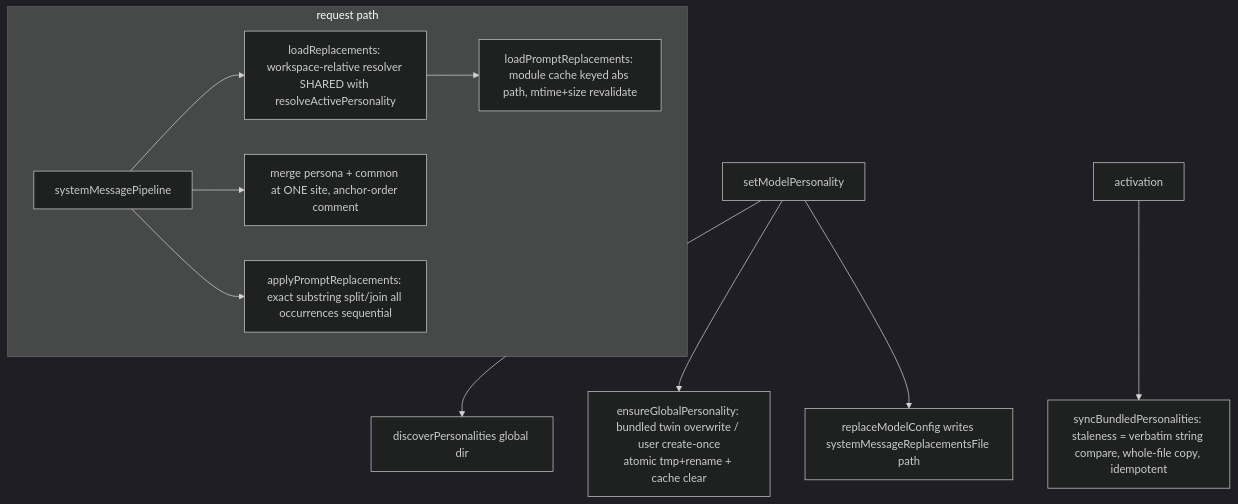
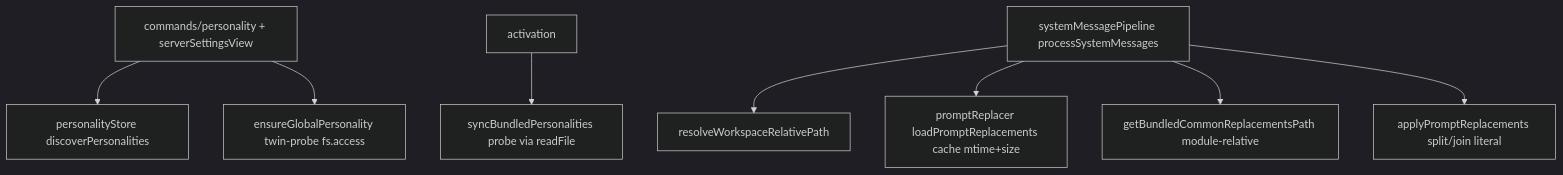
Diagram 16 of 18 in docs/complexity-audit.md (fuzzifikation/vLLM-Copilot), drawn with Mermaid (dark theme) before and after one commit. The commit also changed other lines of this file and 113 other files, not shown here.

````diff
--- a/docs/complexity-audit.md
+++ b/docs/complexity-audit.md
@@ -972,13 +627,10 @@
 ```mermaid
 flowchart TD
-    CMD[setModelPersonality] --> DISC[discoverPersonalities global dir]
-    CMD --> ENS[ensureGlobalPersonality: bundled twin overwrite / user create-once<br/>atomic tmp+rename + cache clear]
-    CMD --> RMC[replaceModelConfig writes systemMessageReplacementsFile path]
-    ACT[activation] --> SYNC[syncBundledPersonalities: staleness = verbatim string compare, whole-file copy, idempotent]
-    subgraph request path
-        PIPE[systemMessagePipeline] --> LR[loadReplacements: workspace-relative resolver SHARED with resolveActivePersonality]
-        LR --> CACHE[loadPromptReplacements: module cache keyed abs path, mtime+size revalidate]
-        PIPE --> ORDER[merge persona + common at ONE site, anchor-order comment]
-        PIPE --> APP[applyPromptReplacements: exact substring split/join all occurrences sequential]
-    end
+    CMD[commands/personality + serverSettingsView] --> DISC[personalityStore discoverPersonalities]
+    CMD --> ENS[ensureGlobalPersonality twin-probe fs.access]
+    ACT[activation] --> SYNC[syncBundledPersonalities probe via readFile]
+    PIPE[systemMessagePipeline processSystemMessages] --> RES[resolveWorkspaceRelativePath]
+    PIPE --> LOAD[promptReplacer loadPromptReplacements cache mtime+size]
+    PIPE --> COMMON[getBundledCommonReplacementsPath module-relative]
+    PIPE --> APPLY[applyPromptReplacements split/join literal]
 ```
````
